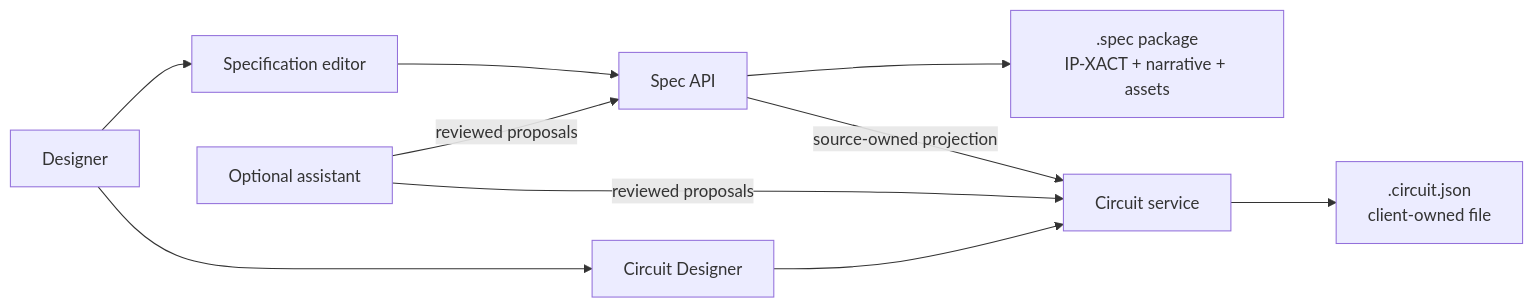
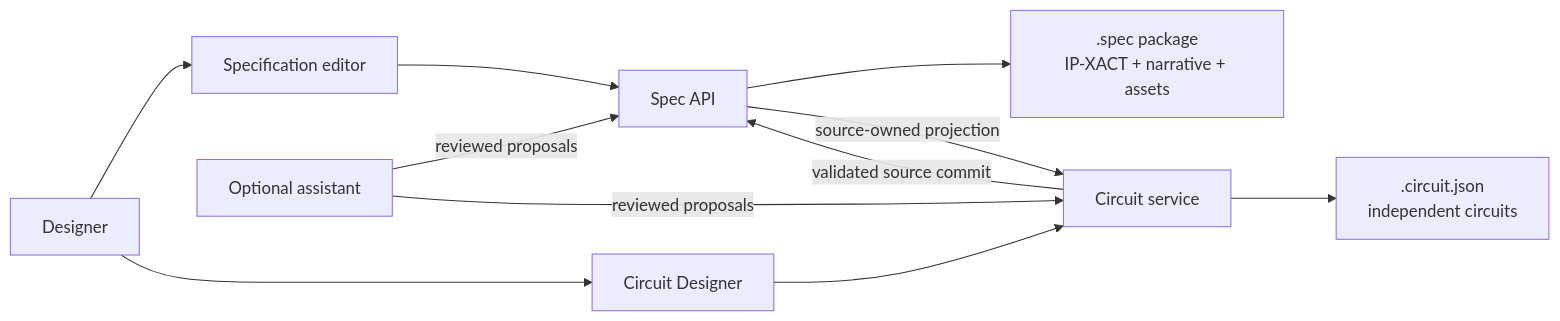
The diagram in README.md (ankdesh/spec2gds), drawn with Mermaid before and after one commit. The commit also changed other lines of this file and 48 other files, not shown here.

Commit message:
Add support for circuit updates back to spec

````diff
--- a/README.md
+++ b/README.md
@@ -13,12 +13,13 @@
 ```mermaid
 flowchart LR
     User["Designer"] --> SpecUI["Specification editor"]
     SpecUI --> SpecAPI["Spec API"]
     SpecAPI --> Package[".spec package<br/>IP-XACT + narrative + assets"]
     SpecAPI -->|"source-owned projection"| CircuitAPI["Circuit service"]
     CircuitUI["Circuit Designer"] --> CircuitAPI
-    CircuitAPI --> CircuitFile[".circuit.json<br/>client-owned file"]
+    CircuitAPI --> CircuitFile[".circuit.json<br/>independent circuits"]
+    CircuitAPI -->|"validated source commit"| SpecAPI
     User --> CircuitUI
     Assistant["Optional assistant"] -->|"reviewed proposals"| SpecAPI
     Assistant -->|"reviewed proposals"| CircuitAPI
 ```
````
